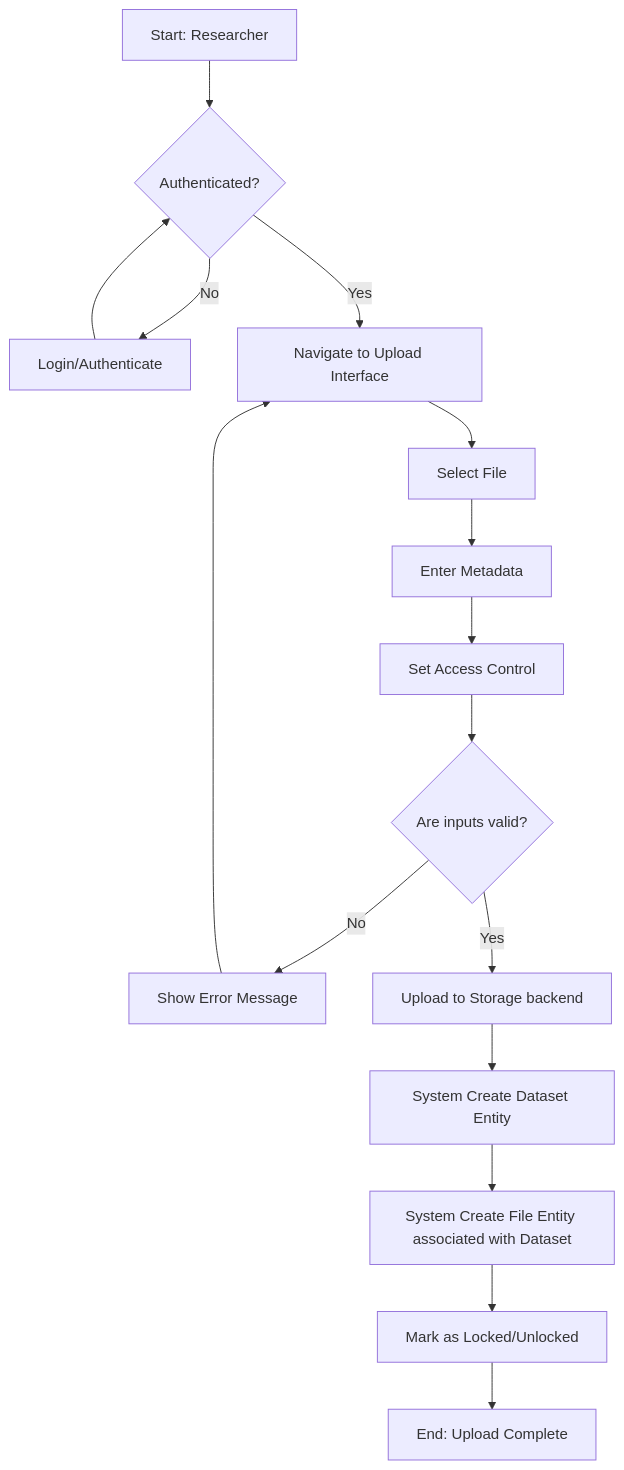
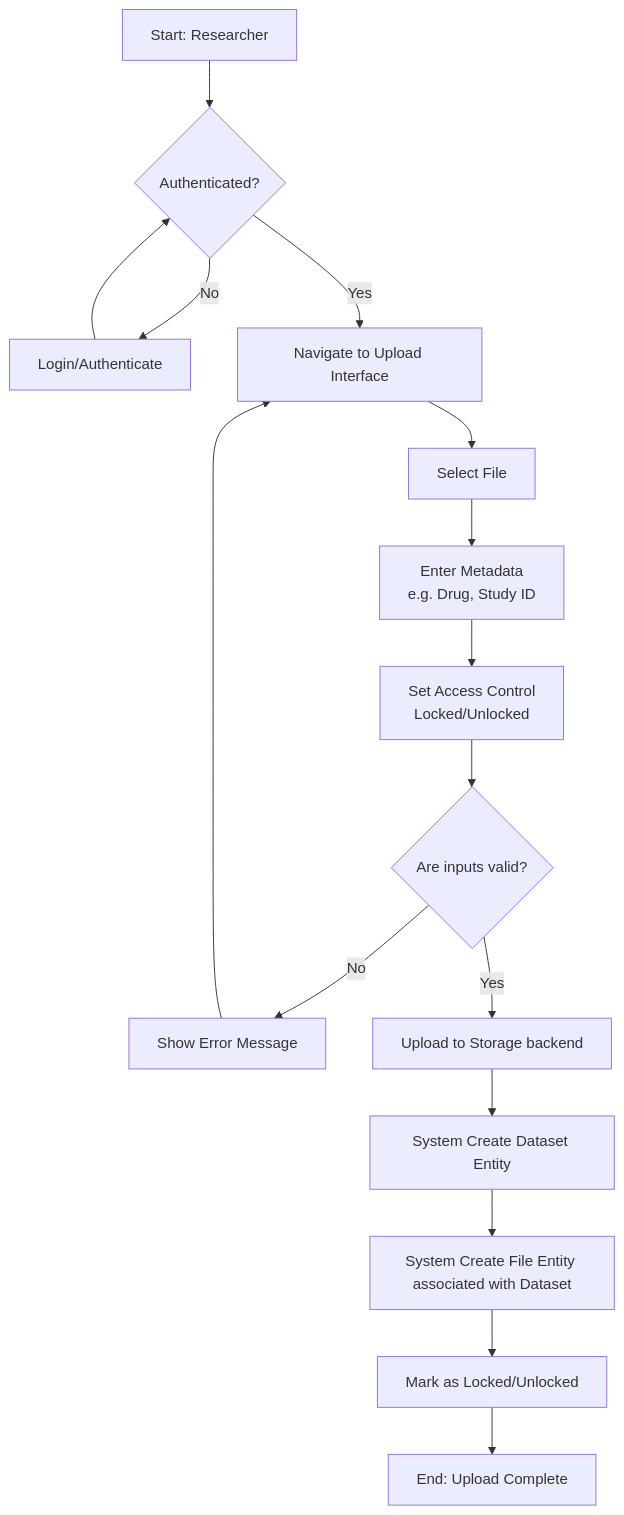
Before and after one commit to adhvaitaganesh/pharmadbank: the first of 5 diagrams in report/system_specification.md, drawn with Mermaid. The commit also changed other lines of this file, not shown here.

````diff
--- a/report/system_specification.md
+++ b/report/system_specification.md
@@ -13,18 +16,18 @@
 ```mermaid
 flowchart TD
     A[Start: Researcher] --> B{Authenticated?}
     B -- No --> C[Login/Authenticate]
     C --> B
     B -- Yes --> D[Navigate to Upload Interface]
     D --> E[Select File]
-    E --> F[Enter Metadata]
-    F --> G[Set Access Control]
+    E --> F[Enter Metadata \n e.g. Drug, Study ID]
+    F --> G[Set Access Control \n Locked/Unlocked]
     G --> H{Are inputs valid?}
     H -- No --> I[Show Error Message]
     I --> D
     H -- Yes --> J[Upload to Storage backend]
     J --> K[System Create Dataset Entity]
     K --> L[System Create File Entity associated with Dataset]
     L --> M[Mark as Locked/Unlocked]
     M --> N[End: Upload Complete]
 ```
````
